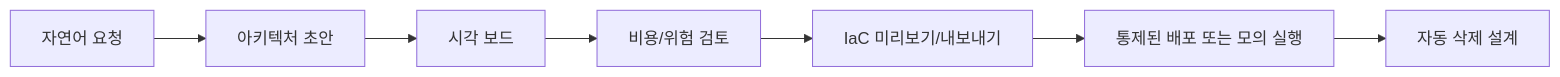
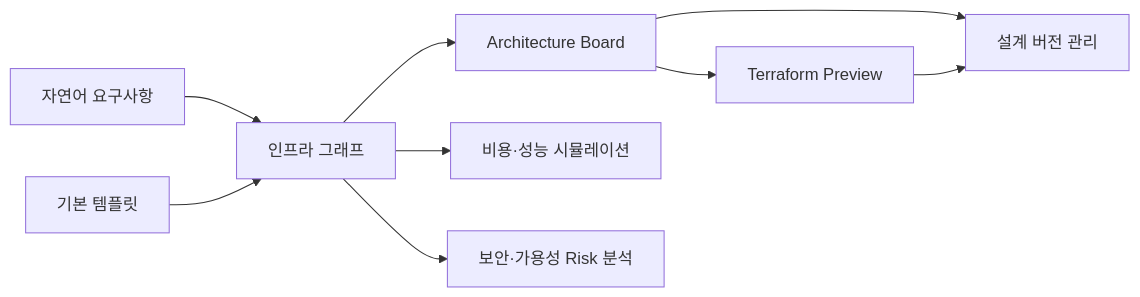
The diagram in docs/product.md (NearthYou/SketchCatch), drawn with Mermaid before and after one commit. The commit also changed other lines of this file and 9 other files, not shown here.

````diff
--- a/docs/product.md
+++ b/docs/product.md
@@ -19,9 +21,11 @@
 ```mermaid
 flowchart LR
-  Prompt["자연어 요청"] --> Generate["아키텍처 초안"]
-  Generate --> Board["시각 보드"]
-  Board --> Review["비용/위험 검토"]
-  Review --> IaC["IaC 미리보기/내보내기"]
-  IaC --> Deploy["통제된 배포 또는 모의 실행"]
-  Deploy --> Cleanup["자동 삭제 설계"]
+  Requirements["자연어 요구사항"] --> Graph["인프라 그래프"]
+  Template["기본 템플릿"] --> Graph
+  Graph --> Board["Architecture Board"]
+  Board --> IaC["Terraform Preview"]
+  Graph --> Simulation["비용·성능 시뮬레이션"]
+  Graph --> Risk["보안·가용성 Risk 분석"]
+  Board --> Version["설계 버전 관리"]
+  IaC --> Version
 ```
````
